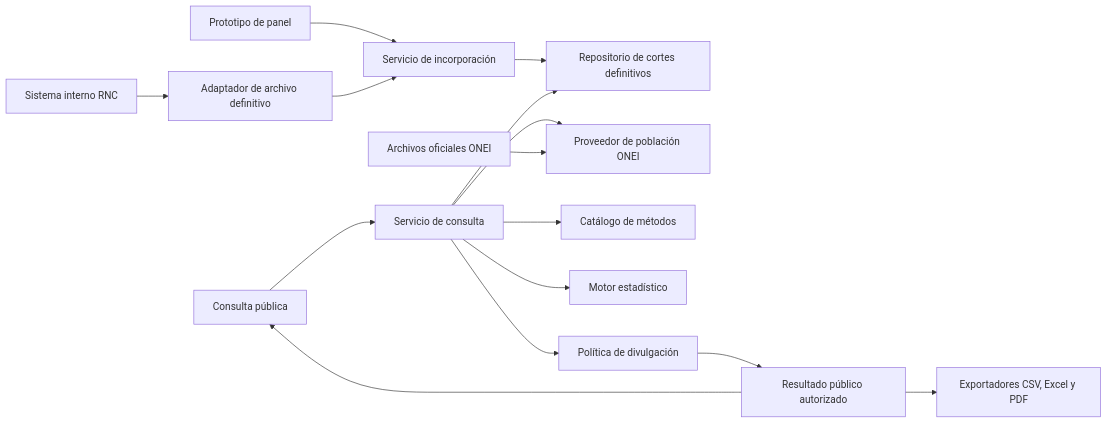
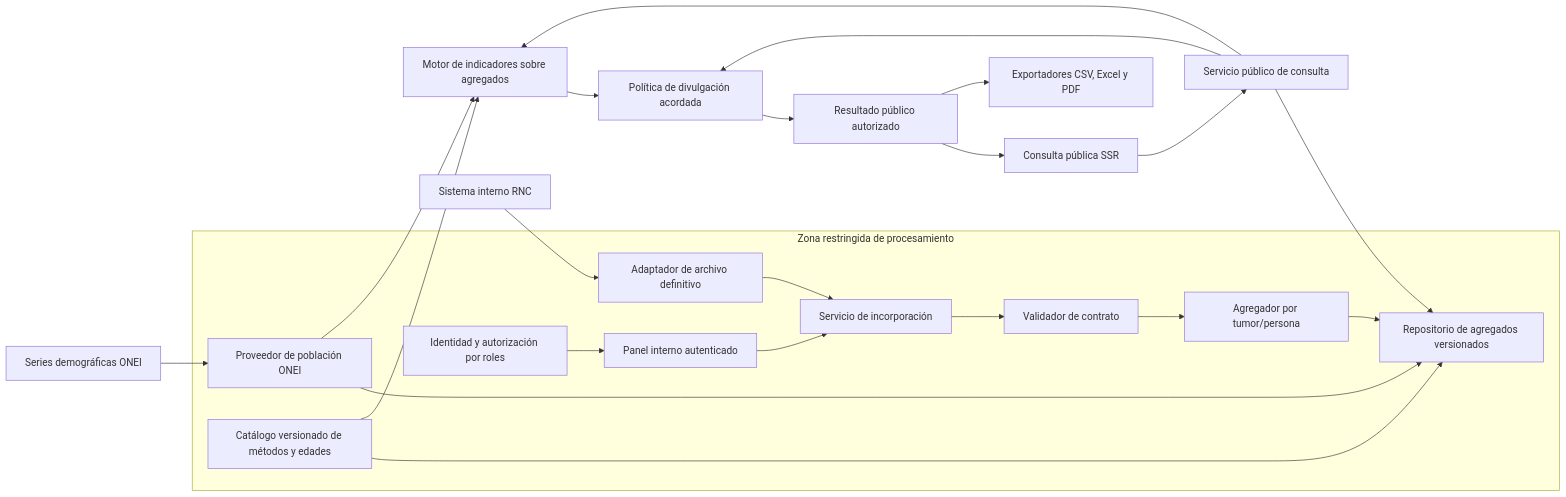
Before and after one commit to DannyFiallo030503/rnc-research: the diagram in docs/06-arquitectura/arquitectura-evolutiva-rnc.md, drawn with Mermaid. The commit also changed other lines of this file and 43 other files, not shown here.

Commit message:
Document RNC architecture and statistical review

````diff
--- a/docs/06-arquitectura/arquitectura-evolutiva-rnc.md
+++ b/docs/06-arquitectura/arquitectura-evolutiva-rnc.md
@@ -9,17 +9,25 @@
 ```mermaid
 flowchart LR
     RNC[Sistema interno RNC] --> EA[Adaptador de archivo definitivo]
-    UI[Consulta pública] --> SC[Servicio de consulta]
-    PA[Prototipo de panel] --> SI[Servicio de incorporación]
-    EA --> SI
-    SI --> CR[Repositorio de cortes definitivos]
-    SC --> CR
-    SC --> PO[Proveedor de población ONEI]
-    SC --> CM[Catálogo de métodos]
-    SC --> ME[Motor estadístico]
-    SC --> PD[Política de divulgación]
+    PA[Prototipo de panel interno] --> SI[Servicio de incorporación]
+    subgraph ZR[Zona restringida de procesamiento]
+        ID[Identidad y autorización por roles] --> PA[Panel interno autenticado]
+        EA --> SI
+        SI --> VC[Validador de contrato]
+        VC --> TA[Agregador por tumor/persona]
+        TA --> RA[Repositorio de agregados versionados]
+        PO[Proveedor de población ONEI] --> RA
+        CM[Catálogo versionado de métodos y edades] --> RA
+    end
+    ONEI[Series demográficas ONEI] --> PO
+    UI[Consulta pública SSR] --> SC[Servicio público de consulta]
+    SC --> RA
+    SC --> ME[Motor de indicadores sobre agregados]
+    CM --> ME
+    PO --> ME
+    ME --> PD[Política de divulgación acordada]
+    SC --> PD
     PD --> RP[Resultado público autorizado]
     RP --> UI
     RP --> EX[Exportadores CSV, Excel y PDF]
-    ONEI[Archivos oficiales ONEI] --> PO
 ```
````
